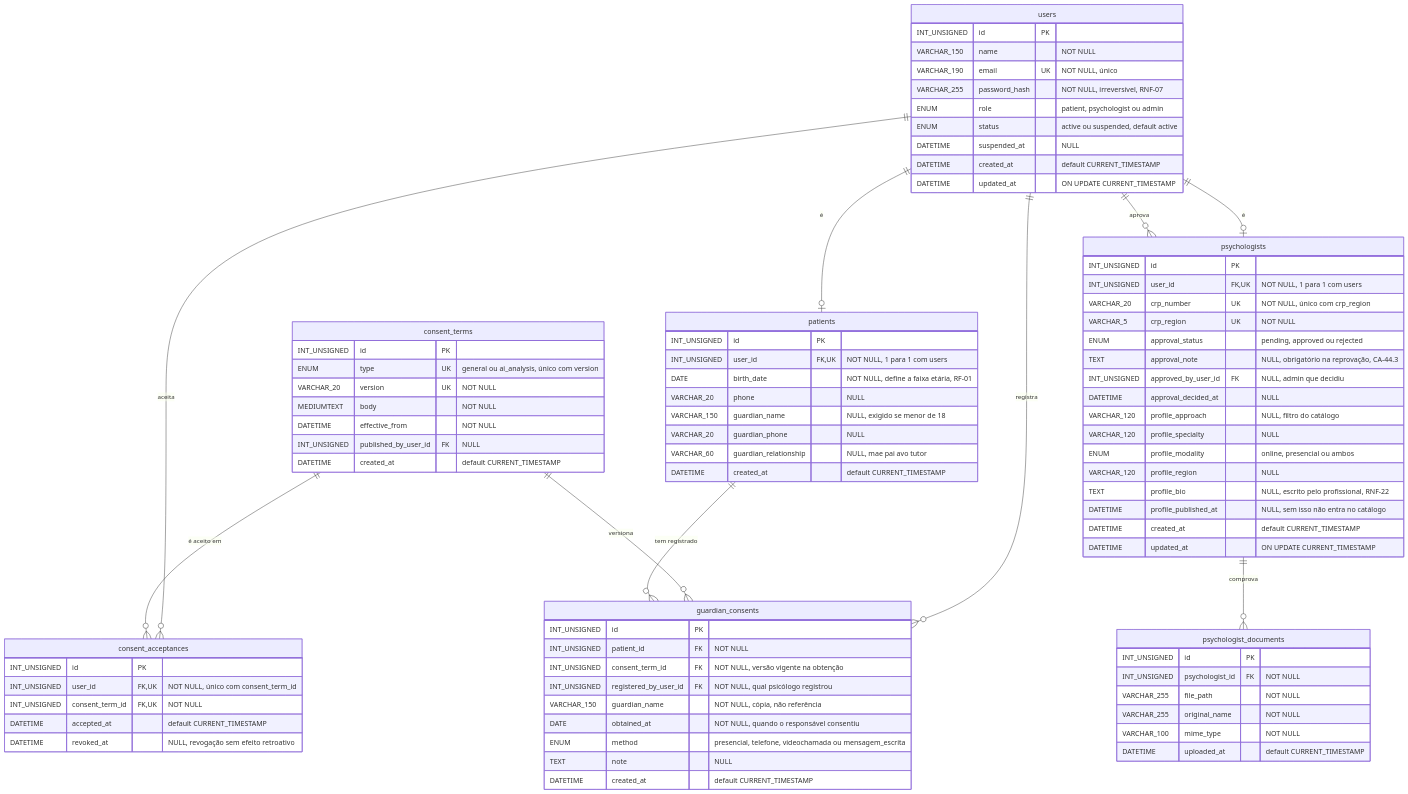
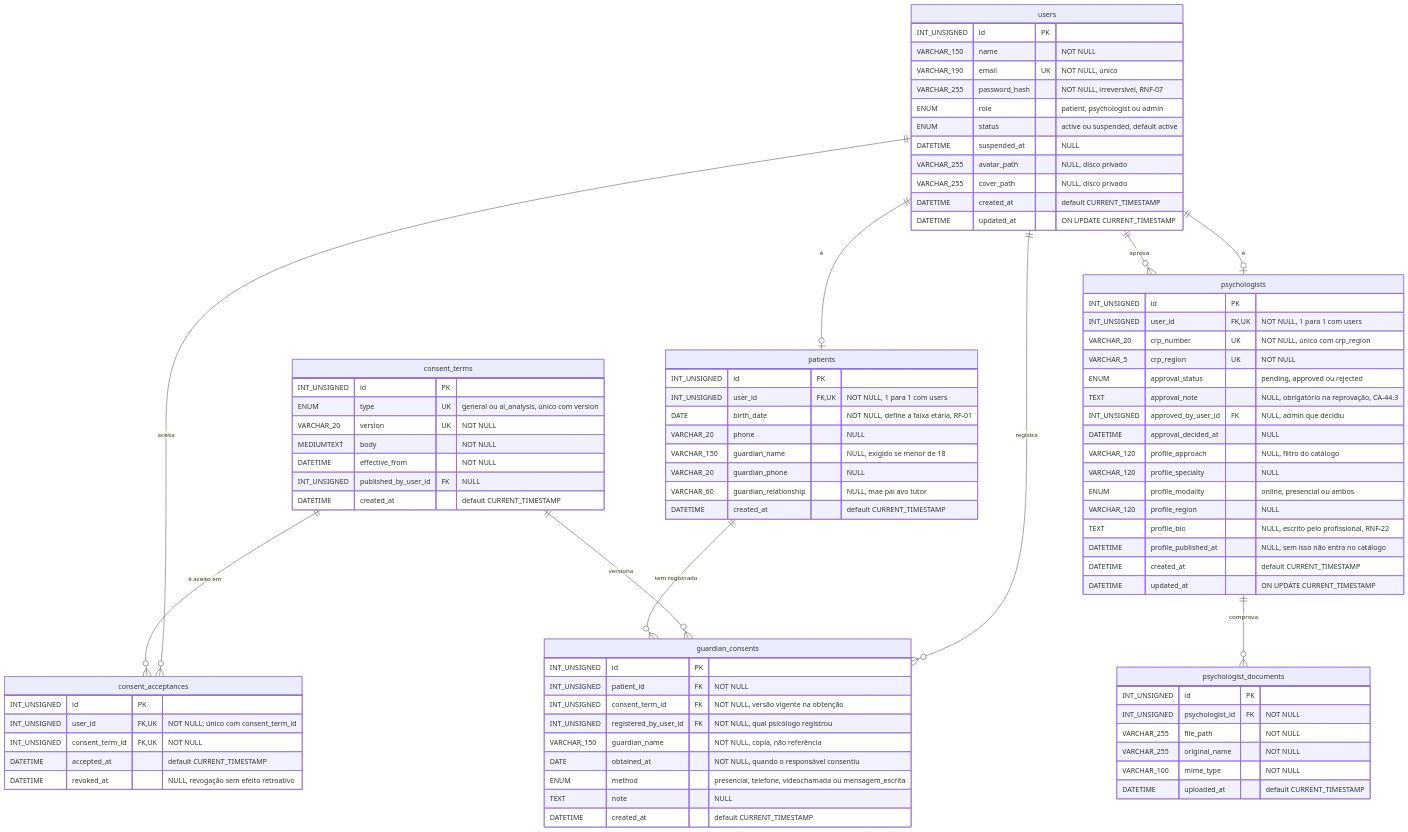
One commit to rbrecci/Calmind changed the first of 4 diagrams in docs/diagramas/der.md. Above: the diagram before and after it, drawn with Mermaid. The commit also changed other lines of this file and 51 other files, not shown here.

```diff
--- a/docs/diagramas/der.md
+++ b/docs/diagramas/der.md
@@ -52,6 +52,8 @@
         ENUM role "patient, psychologist ou admin"
         ENUM status "active ou suspended, default active"
         DATETIME suspended_at "NULL"
+        VARCHAR_255 avatar_path "NULL, disco privado"
+        VARCHAR_255 cover_path "NULL, disco privado"
         DATETIME created_at "default CURRENT_TIMESTAMP"
         DATETIME updated_at "ON UPDATE CURRENT_TIMESTAMP"
     }
```
